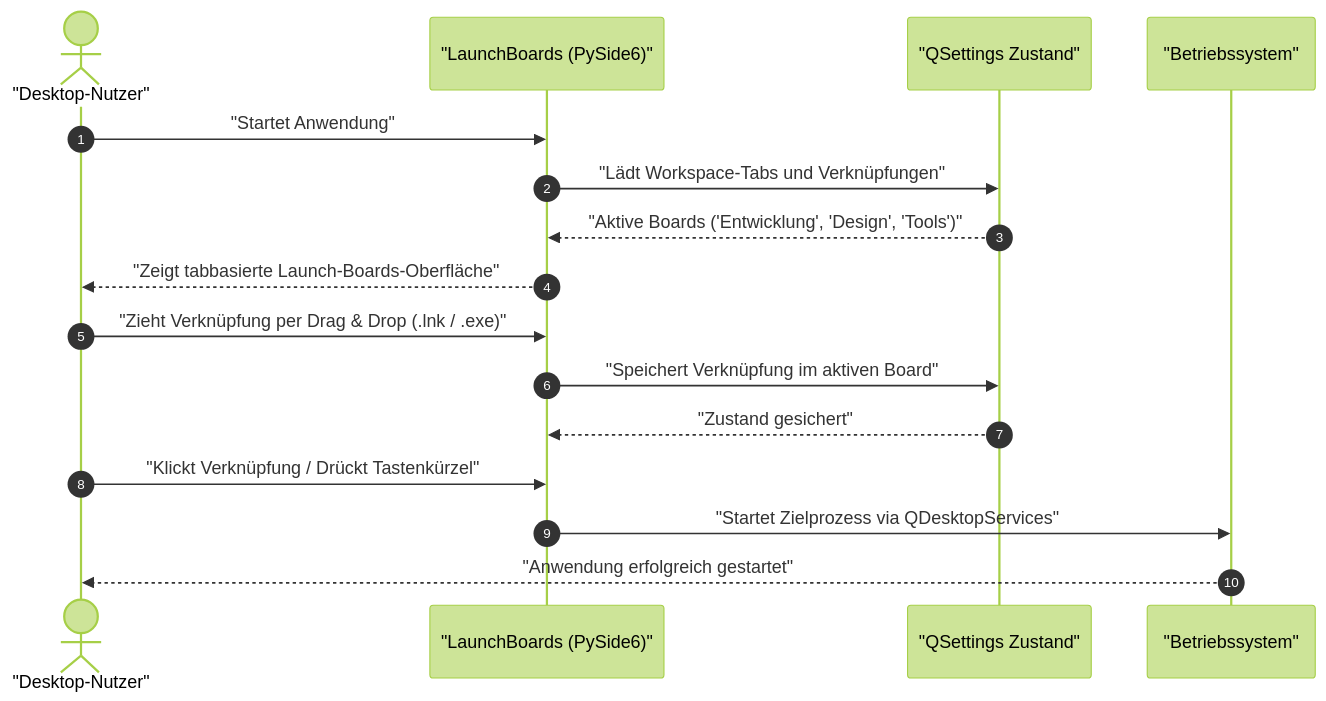
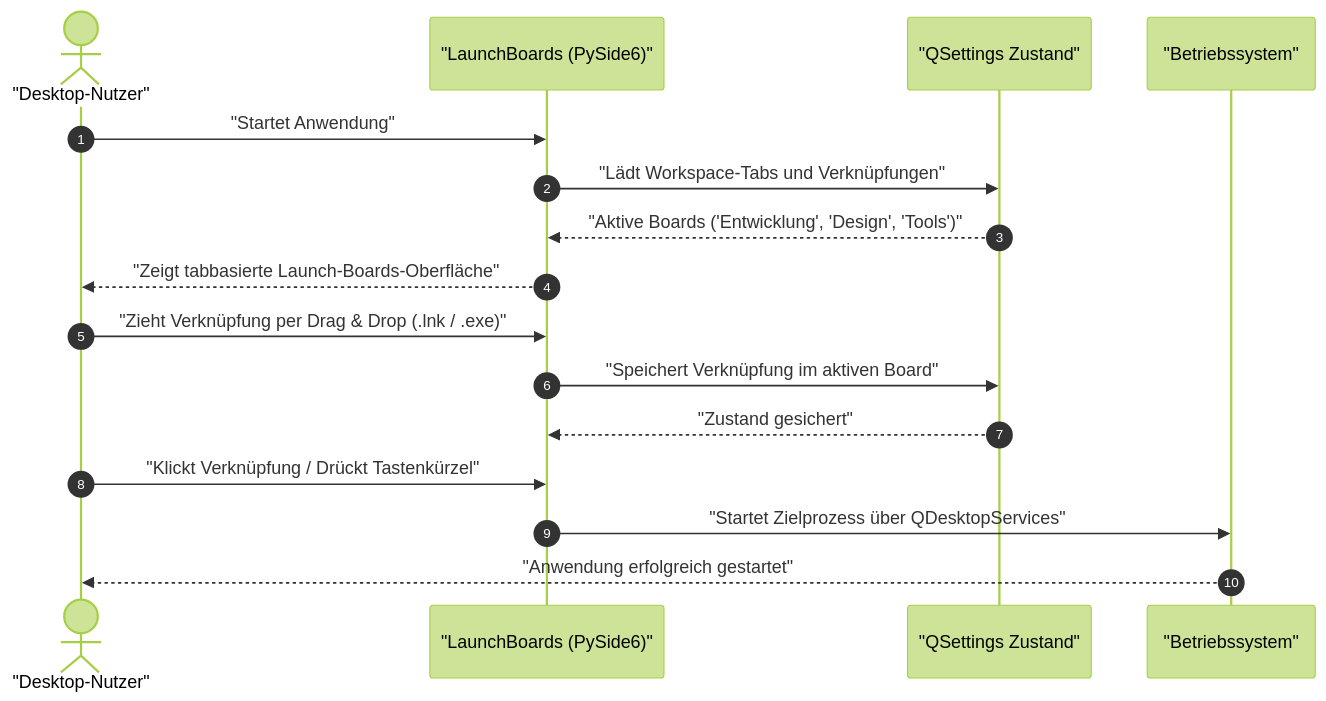
Before and after one commit to file-bricks/LaunchBoards: the second of 2 diagrams in README_de.md, drawn with Mermaid (forest theme). The commit also changed other lines of this file and 7 other files, not shown here.

````diff
--- a/README_de.md
+++ b/README_de.md
@@ -103,21 +144,21 @@
 ```mermaid
 sequenceDiagram
     autonumber
     actor User as "Desktop-Nutzer"
     participant App as "LaunchBoards (PySide6)"
     participant Store as "QSettings Zustand"
     participant OS as "Betriebssystem"
 
     User->>App: "Startet Anwendung"
     App->>Store: "Lädt Workspace-Tabs und Verknüpfungen"
     Store-->>App: "Aktive Boards ('Entwicklung', 'Design', 'Tools')"
     App-->>User: "Zeigt tabbasierte Launch-Boards-Oberfläche"
 
     User->>App: "Zieht Verknüpfung per Drag & Drop (.lnk / .exe)"
     App->>Store: "Speichert Verknüpfung im aktiven Board"
     Store-->>App: "Zustand gesichert"
 
     User->>App: "Klickt Verknüpfung / Drückt Tastenkürzel"
-    App->>OS: "Startet Zielprozess via QDesktopServices"
+    App->>OS: "Startet Zielprozess über QDesktopServices"
     OS-->>User: "Anwendung erfolgreich gestartet"
 ```
````
